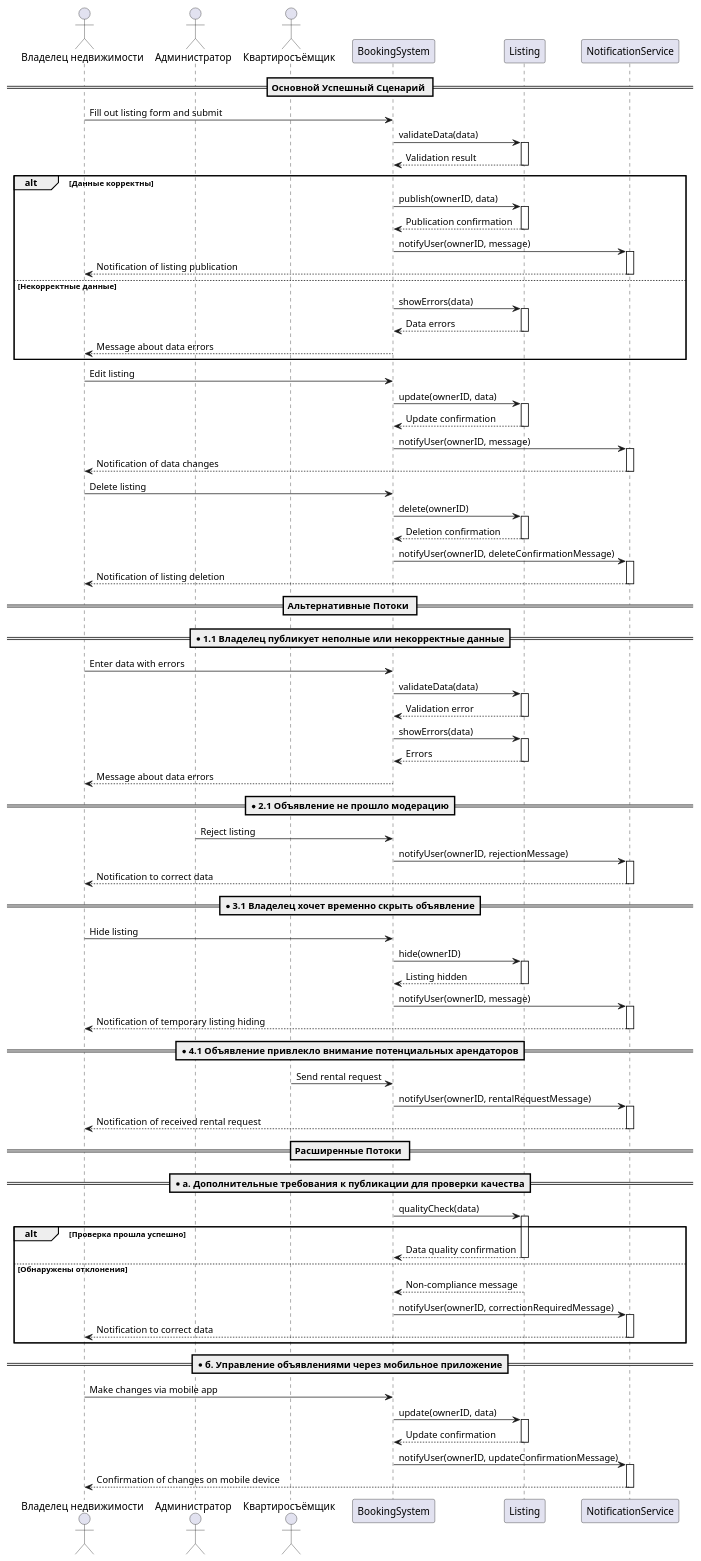
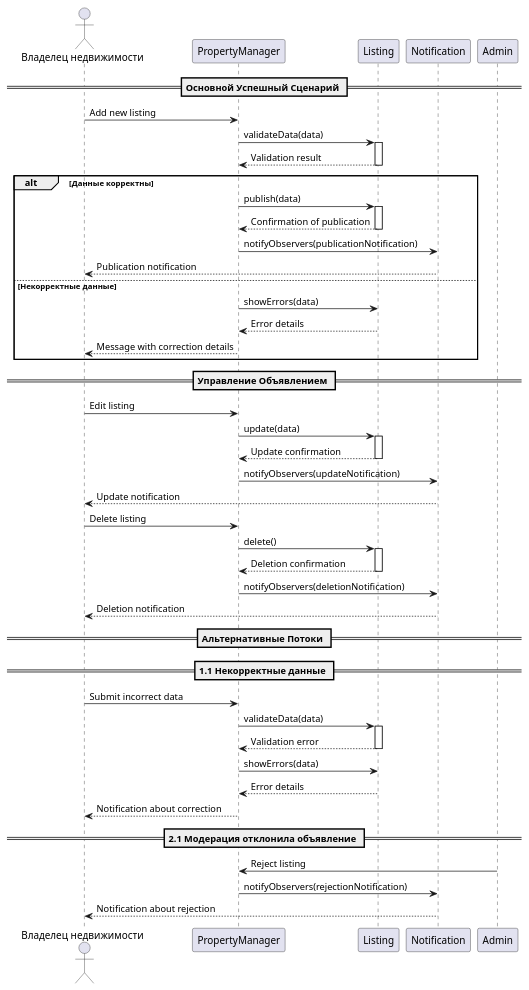
The diagram in precedents/HousingPublication/HousingPublicationSequenceDiagram.md (penamarth/bsbo-01-22_team4_var8), drawn with PlantUML before and after one commit. The commit also changed 2 other files, not shown here.

Commit message:
update housing publication

````diff
--- a/precedents/HousingPublication/HousingPublicationSequenceDiagram.md
+++ b/precedents/HousingPublication/HousingPublicationSequenceDiagram.md
@@ -1,140 +2,70 @@
 ```plantuml
-
 @startuml
 
 actor "Владелец недвижимости" as Owner
-actor "Администратор" as Admin
-actor "Квартиросъёмщик" as Tenant
-
-participant "BookingSystem" as System
+participant "PropertyManager" as Manager
 participant "Listing" as Listing
-participant "NotificationService" as Notifier
+participant "Notification" as Notifier
 
 == Основной Успешный Сценарий ==
 
-Owner -> System : Fill out listing form and submit
-System -> Listing : validateData(data)
+Owner -> Manager : Add new listing
+Manager -> Listing : validateData(data)
 activate Listing
-Listing --> System : Validation result
+Listing --> Manager : Validation result
 deactivate Listing
 
 alt Данные корректны
-    System -> Listing : publish(ownerID, data)
+    Manager -> Listing : publish(data)
     activate Listing
-    Listing --> System : Publication confirmation
+    Listing --> Manager : Confirmation of publication
     deactivate Listing
 
-    System -> Notifier : notifyUser(ownerID, message)
-    activate Notifier
-    Notifier --> Owner : Notification of listing publication
-    deactivate Notifier
+    Manager -> Notifier : notifyObservers(publicationNotification)
+    Notifier --> Owner : Publication notification
 else Некорректные данные
-    System -> Listing : showErrors(data)
-    activate Listing
-    Listing --> System : Data errors
-    deactivate Listing
-
-    System --> Owner : Message about data errors
+    Manager -> Listing : showErrors(data)
+    Listing --> Manager : Error details
+    Manager --> Owner : Message with correction details
 end
 
-Owner -> System : Edit listing
-System -> Listing : update(ownerID, data)
+== Управление Объявлением ==
+
+Owner -> Manager : Edit listing
+Manager -> Listing : update(data)
 activate Listing
-Listing --> System : Update confirmation
+Listing --> Manager : Update confirmation
 deactivate Listing
 
-System -> Notifier : notifyUser(ownerID, message)
-activate Notifier
-Notifier --> Owner : Notification of data changes
-deactivate Notifier
+Manager -> Notifier : notifyObservers(updateNotification)
+Notifier --> Owner : Update notification
 
-Owner -> System : Delete listing
-System -> Listing : delete(ownerID)
+Owner -> Manager : Delete listing
+Manager -> Listing : delete()
 activate Listing
-Listing --> System : Deletion confirmation
+Listing --> Manager : Deletion confirmation
 deactivate Listing
 
-System -> Notifier : notifyUser(ownerID, deleteConfirmationMessage)
-activate Notifier
-Notifier --> Owner : Notification of listing deletion
-deactivate Notifier
+Manager -> Notifier : notifyObservers(deletionNotification)
+Notifier --> Owner : Deletion notification
 
 == Альтернативные Потоки ==
 
-== *1.1 Владелец публикует неполные или некорректные данные ==
-
-Owner -> System : Enter data with errors
-System -> Listing : validateData(data)
+== 1.1 Некорректные данные ==
+Owner -> Manager : Submit incorrect data
+Manager -> Listing : validateData(data)
 activate Listing
-Listing --> System : Validation error
+Listing --> Manager : Validation error
 deactivate Listing
 
-System -> Listing : showErrors(data)
-activate Listing
-Listing --> System : Errors
-deactivate Listing
+Manager -> Listing : showErrors(data)
+Listing --> Manager : Error details
+Manager --> Owner : Notification about correction
 
-System --> Owner : Message about data errors
-
-== *2.1 Объявление не прошло модерацию ==
-
-Admin -> System : Reject listing
-System -> Notifier : notifyUser(ownerID, rejectionMessage)
-activate Notifier
-Notifier --> Owner : Notification to correct data
-deactivate Notifier
-
-== *3.1 Владелец хочет временно скрыть объявление ==
-
-Owner -> System : Hide listing
-System -> Listing : hide(ownerID)
-activate Listing
-Listing --> System : Listing hidden
-deactivate Listing
-
-System -> Notifier : notifyUser(ownerID, message)
-activate Notifier
-Notifier --> Owner : Notification of temporary listing hiding
-deactivate Notifier
-
-== *4.1 Объявление привлекло внимание потенциальных арендаторов ==
-
-Tenant -> System : Send rental request
-System -> Notifier : notifyUser(ownerID, rentalRequestMessage)
-activate Notifier
-Notifier --> Owner : Notification of received rental request
-deactivate Notifier
-
-== Расширенные Потоки ==
-
-== *а. Дополнительные требования к публикации для проверки качества ==
-
-System -> Listing : qualityCheck(data)
-activate Listing
-alt Проверка прошла успешно
-    Listing --> System : Data quality confirmation
-deactivate Listing
-else Обнаружены отклонения
-    Listing --> System : Non-compliance message
-    System -> Notifier : notifyUser(ownerID, correctionRequiredMessage)
-    activate Notifier
-    Notifier --> Owner : Notification to correct data
-    deactivate Notifier
-end
-
-== *б. Управление объявлениями через мобильное приложение ==
-
-Owner -> System : Make changes via mobile app
-System -> Listing : update(ownerID, data)
-activate Listing
-Listing --> System : Update confirmation
-deactivate Listing
-
-System -> Notifier : notifyUser(ownerID, updateConfirmationMessage)
-activate Notifier
-Notifier --> Owner : Confirmation of changes on mobile device
-deactivate Notifier
+== 2.1 Модерация отклонила объявление ==
+Admin -> Manager : Reject listing
+Manager -> Notifier : notifyObservers(rejectionNotification)
+Notifier --> Owner : Notification about rejection
 
 @enduml
-
 ```
````
